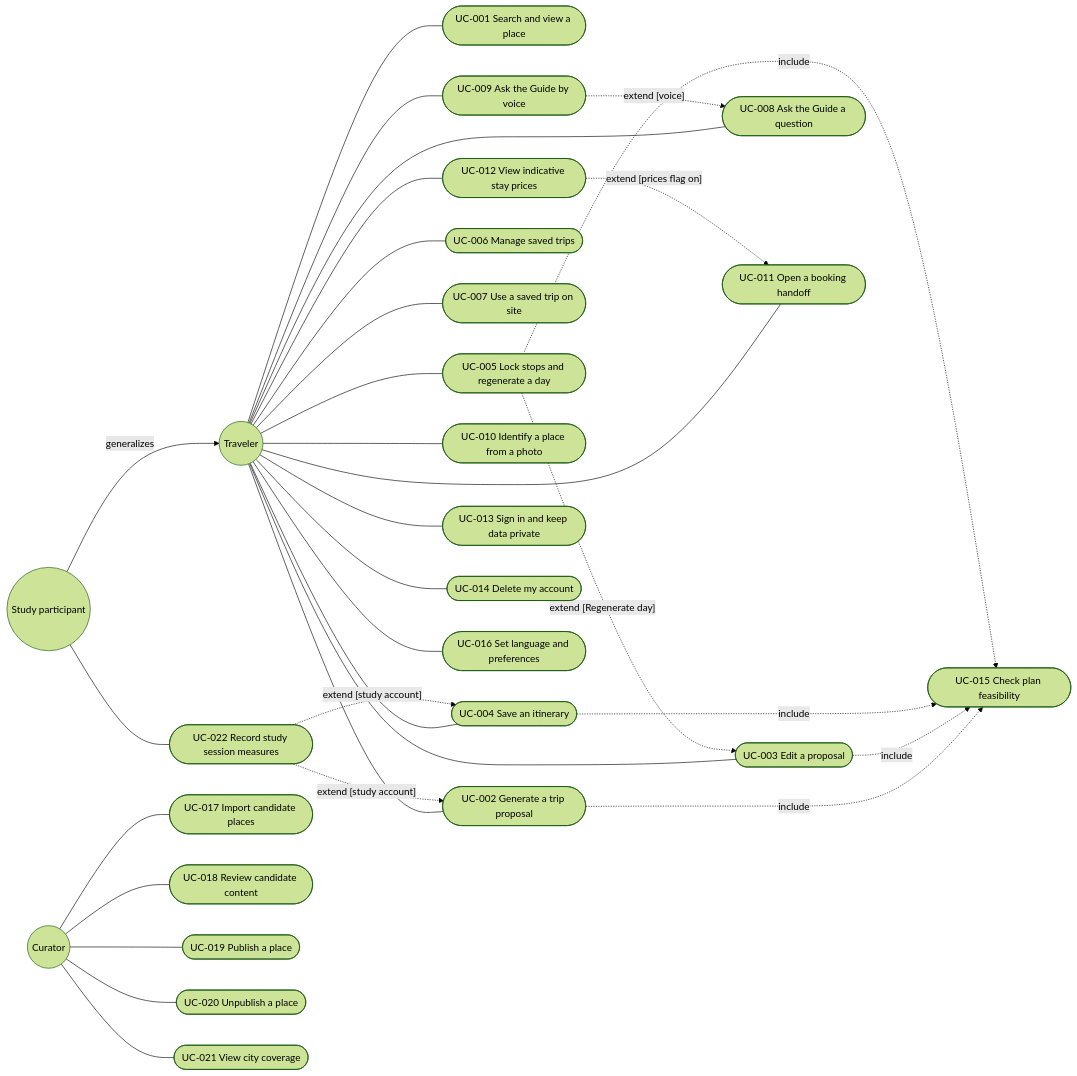
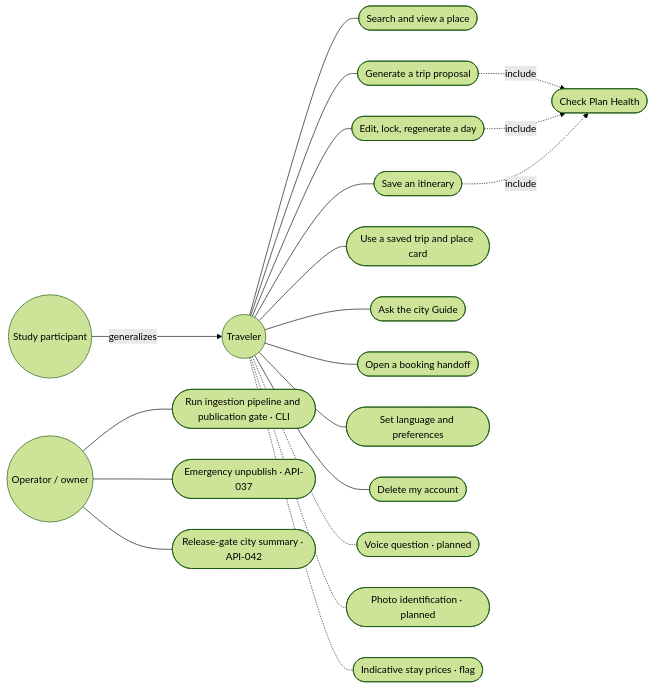
One commit to lnt-h/fyp_dana changed the first of 4 diagrams in docs/04-design/diagrams/README.md. Above: the diagram before and after it, drawn with Mermaid (forest theme). The commit also changed other lines of this file and 40 other files, not shown here.

````diff
--- a/docs/04-design/diagrams/README.md
+++ b/docs/04-design/diagrams/README.md
@@ -39,18 +31,11 @@
 ```mermaid
 flowchart LR
-  T((Traveler)) --- UC001([UC-001 Search and view a place]) & UC002([UC-002 Generate a trip proposal]) & UC003([UC-003 Edit a proposal]) & UC004([UC-004 Save an itinerary]) & UC005([UC-005 Lock stops and regenerate a day])
-  T --- UC006([UC-006 Manage saved trips]) & UC007([UC-007 Use a saved trip on site]) & UC008([UC-008 Ask the Guide a question]) & UC009([UC-009 Ask the Guide by voice]) & UC010([UC-010 Identify a place from a photo])
-  T --- UC011([UC-011 Open a booking handoff]) & UC012([UC-012 View indicative stay prices]) & UC013([UC-013 Sign in and keep data private]) & UC014([UC-014 Delete my account]) & UC016([UC-016 Set language and preferences])
-  S((Study participant)) -->|generalizes| T
-  S --- UC022([UC-022 Record study session measures])
-  C((Curator)) --- UC017([UC-017 Import candidate places]) & UC018([UC-018 Review candidate content]) & UC019([UC-019 Publish a place]) & UC020([UC-020 Unpublish a place]) & UC021([UC-021 View city coverage])
-  UC002 -. include .-> UC015([UC-015 Check plan feasibility])
-  UC003 -. include .-> UC015
-  UC004 -. include .-> UC015
-  UC005 -. include .-> UC015
-  UC005 -. "extend [Regenerate day]" .-> UC003
-  UC009 -. "extend [voice]" .-> UC008
-  UC012 -. "extend [prices flag on]" .-> UC011
-  UC022 -. "extend [study account]" .-> UC002
-  UC022 -. "extend [study account]" .-> UC004
+  T((Traveler)) --- S1([Search and view a place]) & S2([Generate a trip proposal]) & S3([Edit, lock, regenerate a day]) & S4([Save an itinerary])
+  T --- S5([Use a saved trip and place card]) & S6([Ask the city Guide]) & S7([Open a booking handoff]) & S8([Set language and preferences]) & S9([Delete my account])
+  T -.- S10([Voice question · planned]) & S11([Photo identification · planned]) & S12([Indicative stay prices · flag])
+  P((Study participant)) -->|generalizes| T
+  O((Operator / owner)) --- O1([Run ingestion pipeline and publication gate · CLI]) & O2([Emergency unpublish · API-037]) & O3([Release-gate city summary · API-042])
+  S2 -. include .-> H([Check Plan Health])
+  S3 -. include .-> H
+  S4 -. include .-> H
 ```
````
